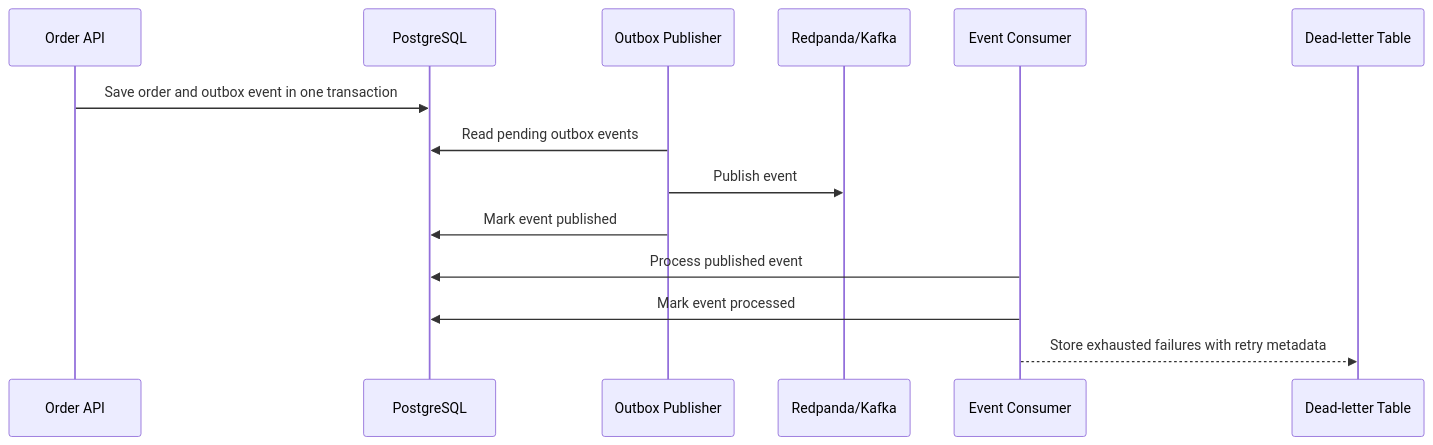
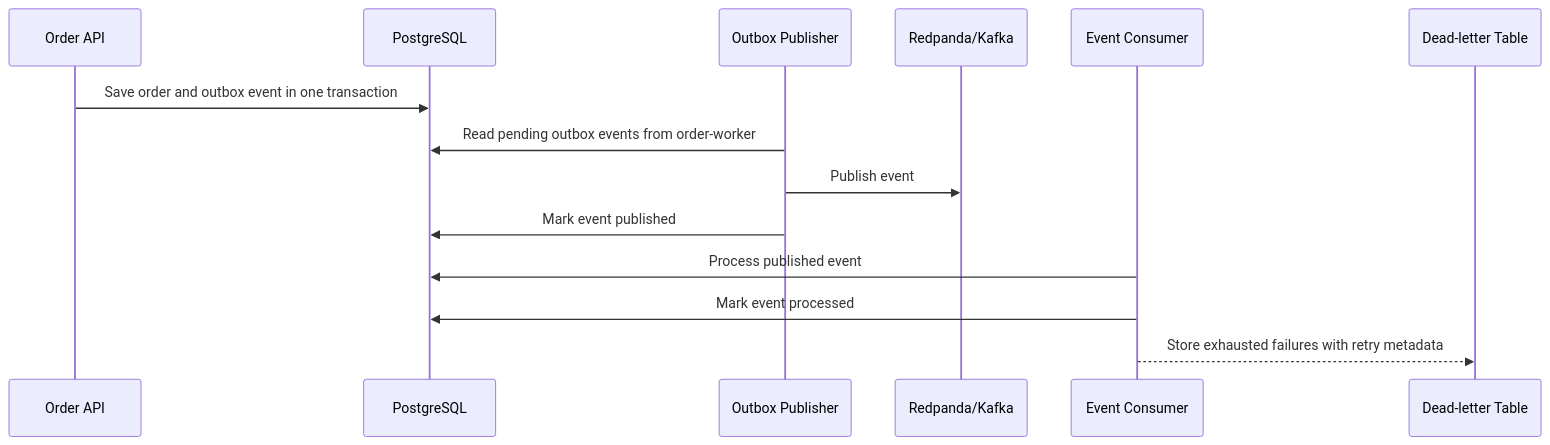
One commit to guanyu-gerry-tao/OrderFlow changed the third of 3 diagrams in docs/ARCHITECTURE.md. Above: the diagram before and after it, drawn with Mermaid. The commit also changed other lines of this file and 39 other files, not shown here.

First line of the commit message:
Add API/worker microservice split (#6)

````diff
--- a/docs/ARCHITECTURE.md
+++ b/docs/ARCHITECTURE.md
@@ -43,17 +44,17 @@
 ```mermaid
 sequenceDiagram
     participant API as Order API
     participant DB as PostgreSQL
     participant Outbox as Outbox Publisher
     participant Kafka as Redpanda/Kafka
     participant Worker as Event Consumer
     participant DLQ as Dead-letter Table
 
-    API->>DB: Save order and outbox event in one transaction
-    Outbox->>DB: Read pending outbox events
-    Outbox->>Kafka: Publish event
+API->>DB: Save order and outbox event in one transaction
+Outbox->>DB: Read pending outbox events from order-worker
+Outbox->>Kafka: Publish event
     Outbox->>DB: Mark event published
     Worker->>DB: Process published event
     Worker->>DB: Mark event processed
     Worker-->>DLQ: Store exhausted failures with retry metadata
 ```
````
